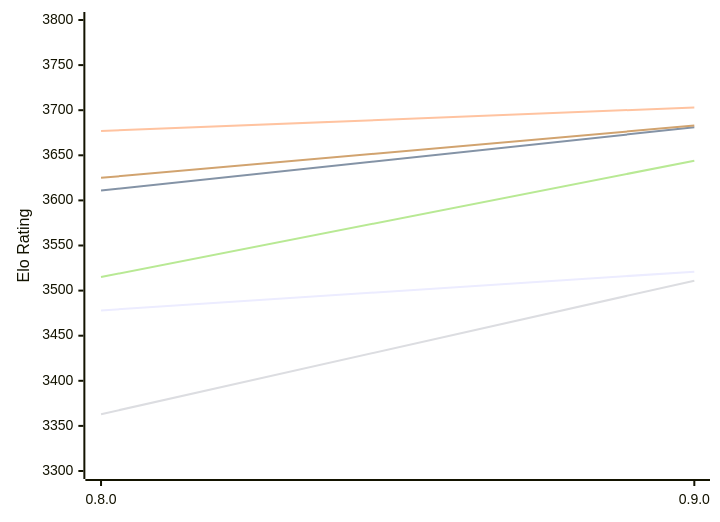
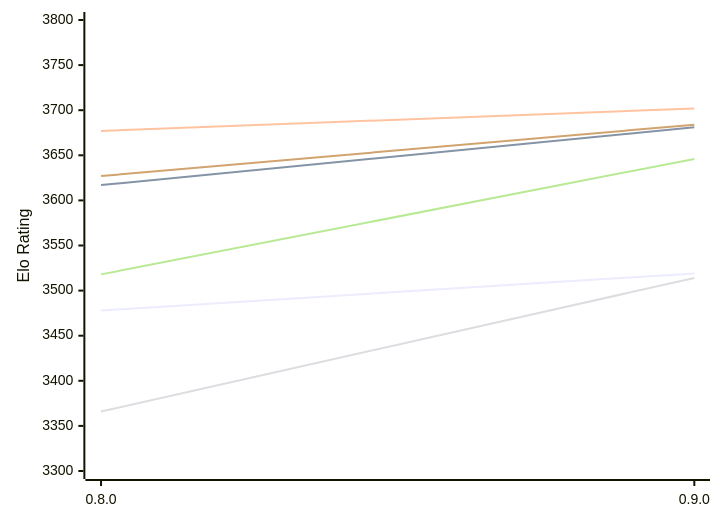
Before and after one commit to computer-chess-index/cci: the first of 2 diagrams in engines/Reckless.md, drawn with Mermaid. The commit also changed other lines of this file, not shown here.

Commit message:
Update CCI Ratings (ELO VLTC) - 2026-11-24

````diff
--- a/engines/Reckless.md
+++ b/engines/Reckless.md
@@ -50,12 +50,12 @@
 ```mermaid
 %%{init: {"theme":"base","themeVariables":{"seriesColors:['#a3a3a3','#222221','#faa371']}}}%%
 xychart-beta
   x-axis ["0.8.0", "0.9.0"]
   y-axis "Elo Rating" 3300 --> 3800
-  line "E1: STC (8.0+0.08s)" [3478, 3521]
-  line "E1: LTC (60.0+0.60s)" [3611, 3681]
-  line "E1: VLTC (2m24s+1.12s)" [3677, 3703]
-  line "P1: STC (8.0+0.08s)" [3363, 3511]
-  line "P1: LTC (60.0+0.60s)" [3515, 3644]
-  line "P1: VLTC (2m24s+1.12s)" [3625, 3683]
+  line "E1: STC (8.0+0.08s)" [3478, 3519]
+  line "E1: LTC (60.0+0.60s)" [3617, 3681]
+  line "E1: VLTC (2m24s+1.12s)" [3677, 3702]
+  line "P1: STC (8.0+0.08s)" [3366, 3514]
+  line "P1: LTC (60.0+0.60s)" [3518, 3646]
+  line "P1: VLTC (2m24s+1.12s)" [3627, 3684]
 ```
````
